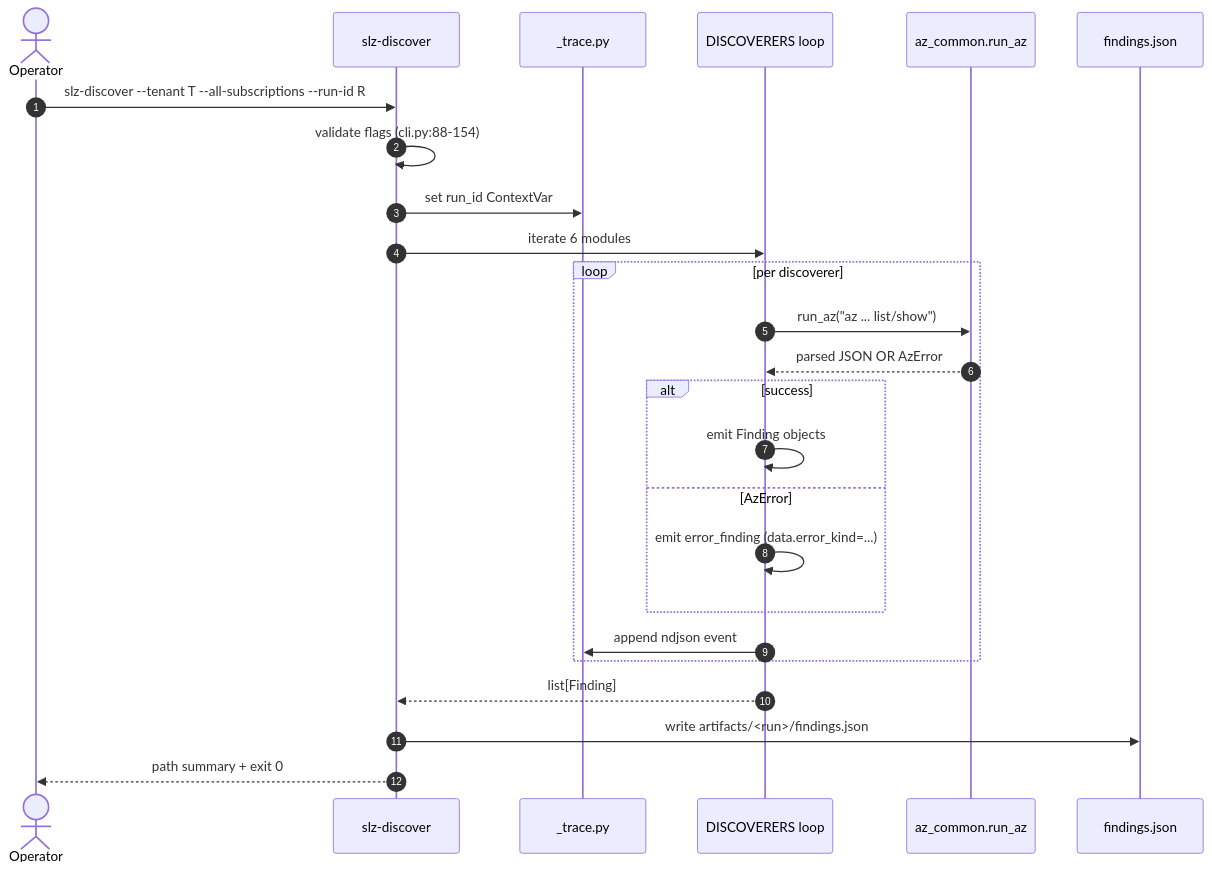
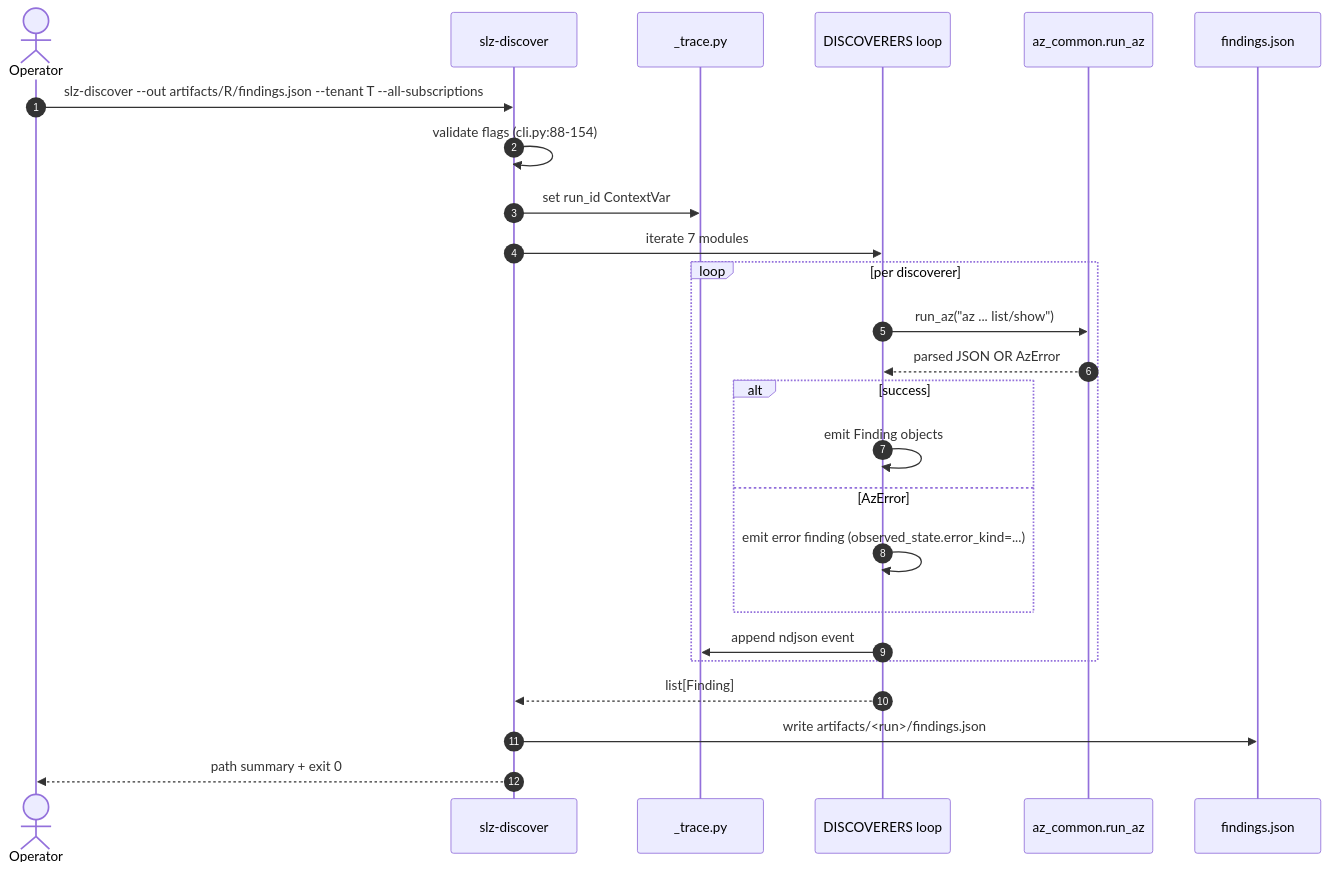
One commit to msucharda/slz-readiness changed the third of 4 diagrams in wiki/docs/deep-dive/discover/cli-and-scope.md. Above: the diagram before and after it, drawn with Mermaid. The commit also changed other lines of this file and 39 other files, not shown here.

````diff
--- a/wiki/docs/deep-dive/discover/cli-and-scope.md
+++ b/wiki/docs/deep-dive/discover/cli-and-scope.md
@@ -107,28 +107,28 @@
 ```mermaid
 sequenceDiagram
     autonumber
     actor Op as Operator
     participant CLI as slz-discover
     participant Trace as _trace.py
     participant Disc as DISCOVERERS loop
     participant Az as az_common.run_az
     participant Out as findings.json
 
-    Op->>CLI: slz-discover --tenant T --all-subscriptions --run-id R
+    Op->>CLI: slz-discover --out artifacts/R/findings.json --tenant T --all-subscriptions
     CLI->>CLI: validate flags (cli.py:88-154)
     CLI->>Trace: set run_id ContextVar
-    CLI->>Disc: iterate 6 modules
+    CLI->>Disc: iterate 7 modules
     loop per discoverer
         Disc->>Az: run_az("az ... list/show")
         Az-->>Disc: parsed JSON OR AzError
         alt success
             Disc->>Disc: emit Finding objects
         else AzError
-            Disc->>Disc: emit error_finding (data.error_kind=...)
+            Disc->>Disc: emit error finding (observed_state.error_kind=...)
         end
         Disc->>Trace: append ndjson event
     end
     Disc-->>CLI: list[Finding]
     CLI->>Out: write artifacts/<run>/findings.json
     CLI-->>Op: path summary + exit 0
 ```
````
